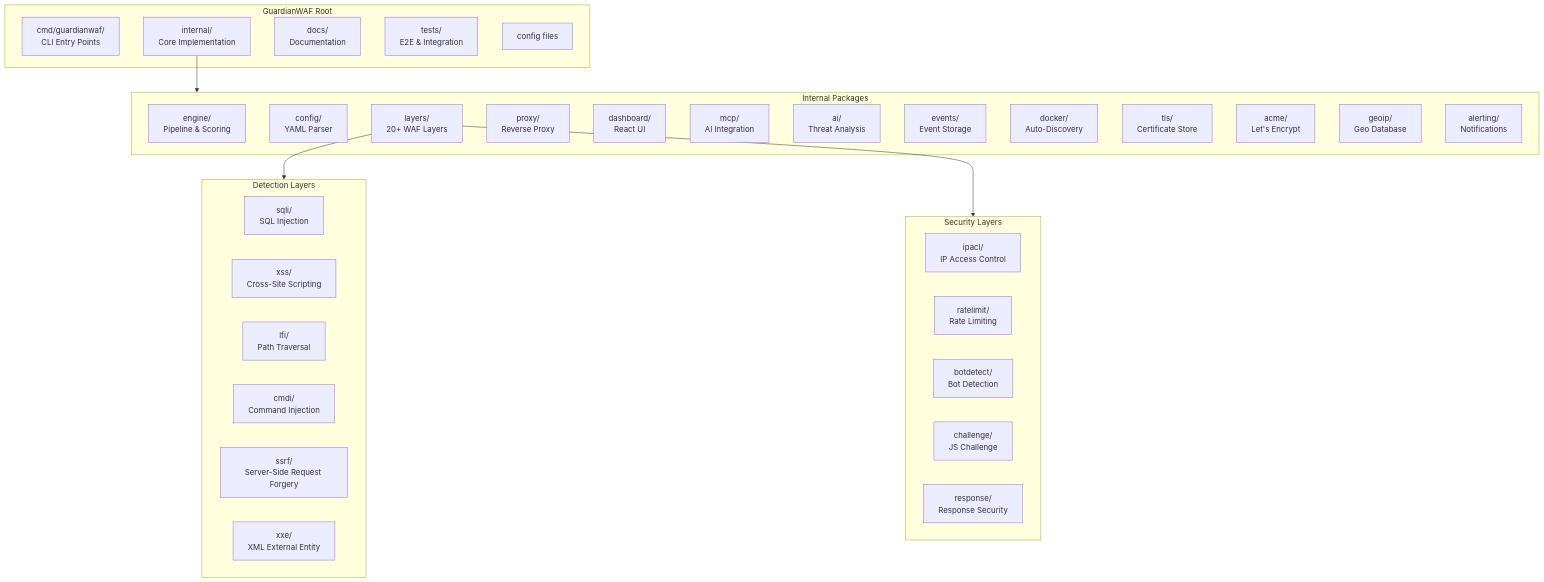
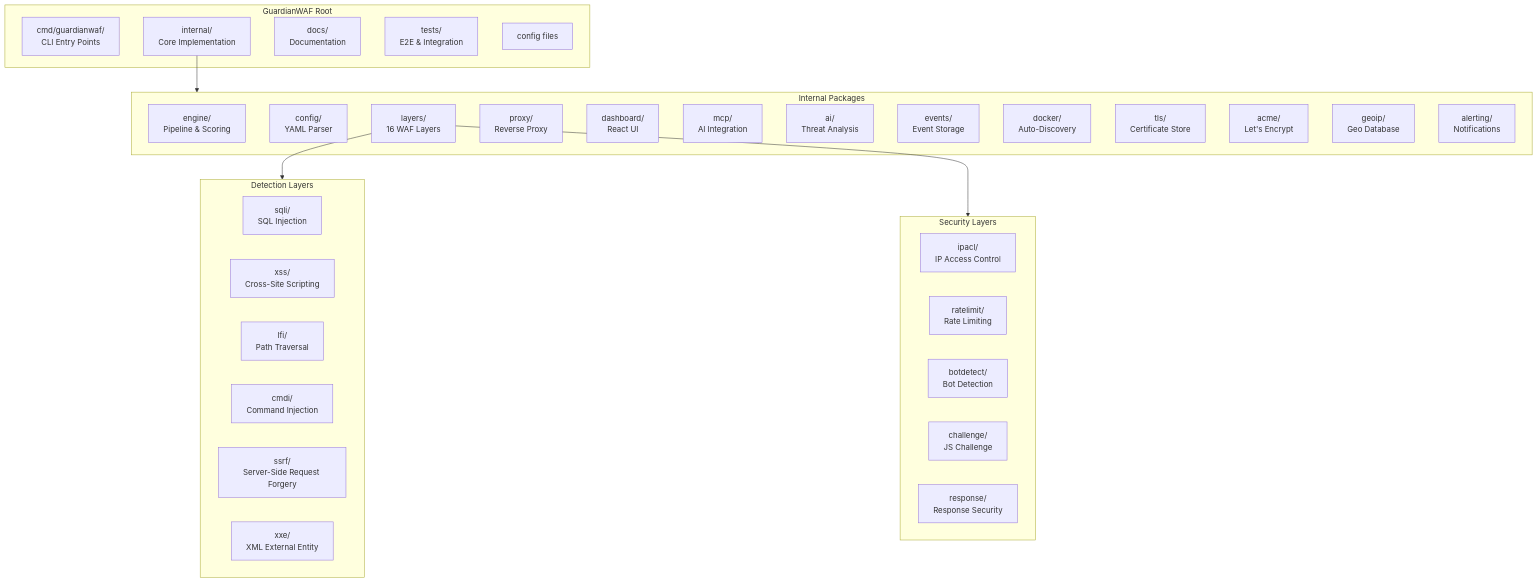
Before and after one commit to GuardianWAF/GuardianWAF: the seventh of 7 diagrams in docs/ARCHITECTURE.md, drawn with Mermaid. The commit also changed 1 other file, not shown here.

Commit message:
docs: fix 20+ layer references in ARCHITECTURE.md and detection-engine.md

````diff
--- a/docs/ARCHITECTURE.md
+++ b/docs/ARCHITECTURE.md
@@ -391,48 +391,48 @@
 ```mermaid
 flowchart TB
     subgraph Root["GuardianWAF Root"]
         CMD["cmd/guardianwaf/<br/>CLI Entry Points"]
         Internal["internal/<br/>Core Implementation"]
         Docs["docs/<br/>Documentation"]
         Tests["tests/<br/>E2E & Integration"]
         Config["config files"]
     end
 
     subgraph Internal_Pkgs["Internal Packages"]
         Engine["engine/<br/>Pipeline & Scoring"]
         ConfigPkg["config/<br/>YAML Parser"]
-        Layers["layers/<br/>20+ WAF Layers"]
+        Layers["layers/<br/>16 WAF Layers"]
         Proxy["proxy/<br/>Reverse Proxy"]
         Dashboard["dashboard/<br/>React UI"]
         MCP["mcp/<br/>AI Integration"]
         AI_Pkg["ai/<br/>Threat Analysis"]
         Events["events/<br/>Event Storage"]
         Docker["docker/<br/>Auto-Discovery"]
         TLS["tls/<br/>Certificate Store"]
         ACME["acme/<br/>Let's Encrypt"]
         GeoIP["geoip/<br/>Geo Database"]
         Alerting["alerting/<br/>Notifications"]
     end
 
     Internal --> Internal_Pkgs
 
     subgraph Detection["Detection Layers"]
         SQLi["sqli/<br/>SQL Injection"]
         XSS["xss/<br/>Cross-Site Scripting"]
         LFI["lfi/<br/>Path Traversal"]
         CMDi["cmdi/<br/>Command Injection"]
         SSRF["ssrf/<br/>Server-Side Request Forgery"]
         XXE["xxe/<br/>XML External Entity"]
     end
 
     subgraph Security["Security Layers"]
         IPACL["ipacl/<br/>IP Access Control"]
         RateLimit["ratelimit/<br/>Rate Limiting"]
         BotDetect["botdetect/<br/>Bot Detection"]
         Challenge["challenge/<br/>JS Challenge"]
         Response["response/<br/>Response Security"]
     end
 
     Layers --> Detection
     Layers --> Security
 ```
````
